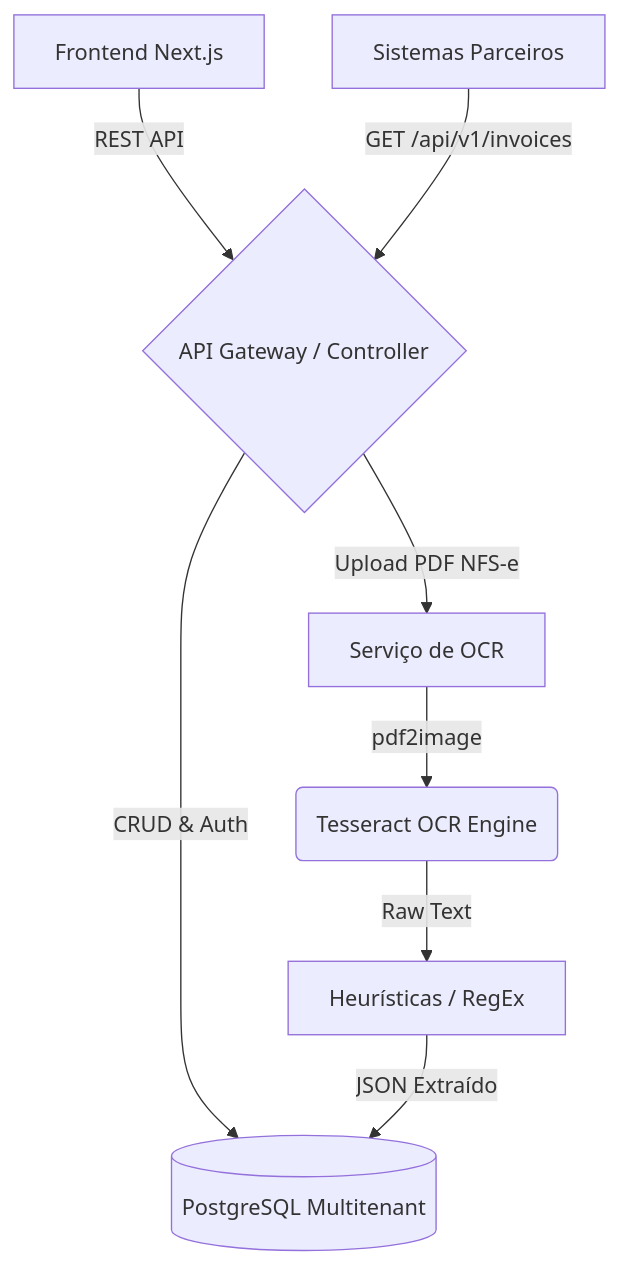
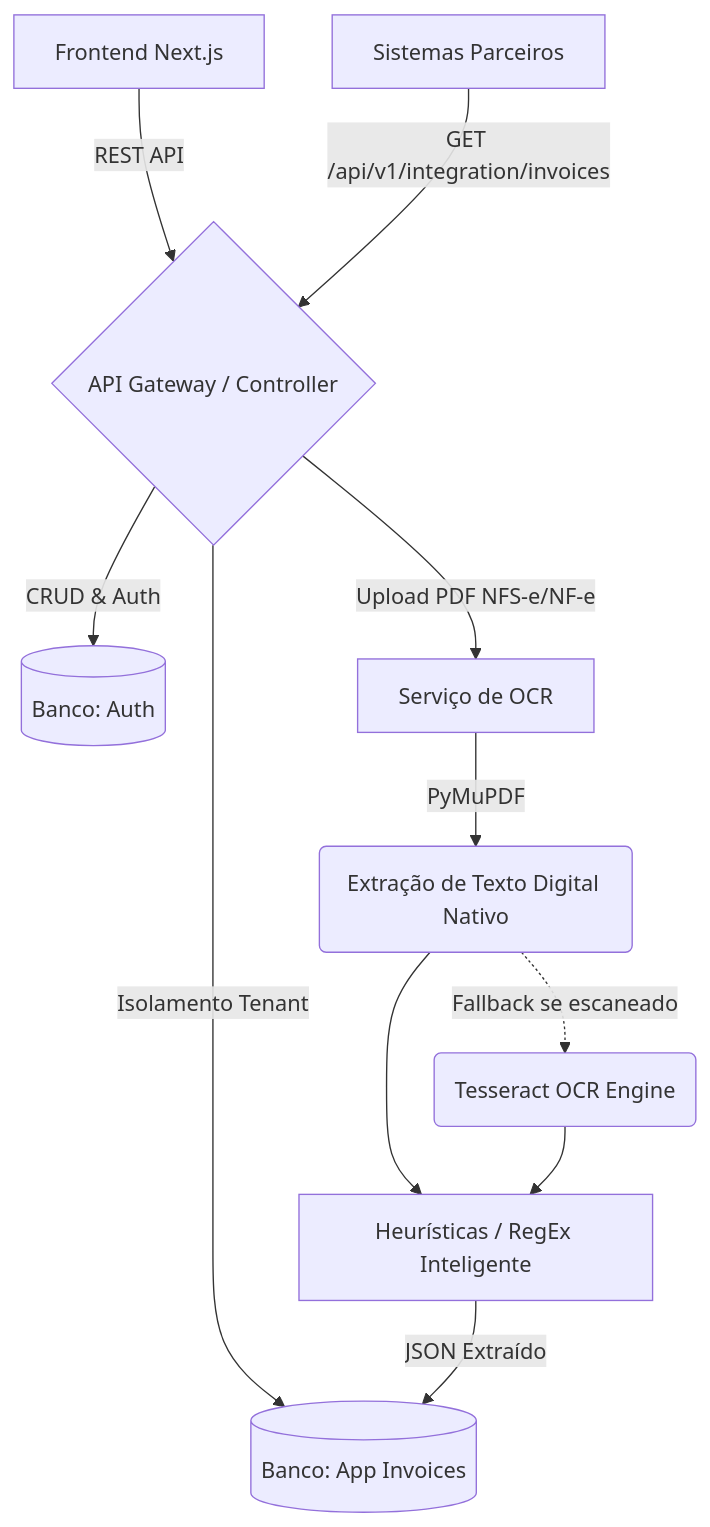
One commit to Victor-Vaglieri/NFSe-Plat changed the diagram in README.md. Above: the diagram before and after it, drawn with Mermaid. The commit also changed other lines of this file, not shown here.

````diff
--- a/README.md
+++ b/README.md
@@ -43,12 +44,15 @@
 ```mermaid
 flowchart TD
     UI[Frontend Next.js] --> |REST API| API{API Gateway / Controller}
-    API --> |CRUD & Auth| DB[(PostgreSQL Multitenant)]
+    API --> |CRUD & Auth| AuthDB[(Banco: Auth)]
+    API --> |Isolamento Tenant| AppDB[(Banco: App Invoices)]
     
-    API --> |Upload PDF NFS-e| OCREngine[Serviço de OCR]
-    OCREngine --> |pdf2image| Tesseract(Tesseract OCR Engine)
-    Tesseract --> |Raw Text| Parser[Heurísticas / RegEx]
-    Parser --> |JSON Extraído| DB
+    API --> |Upload PDF NFS-e/NF-e| OCREngine[Serviço de OCR]
+    OCREngine --> |PyMuPDF| NativeText(Extração de Texto Digital Nativo)
+    NativeText -.-> |Fallback se escaneado| Tesseract(Tesseract OCR Engine)
+    NativeText --> Parser[Heurísticas / RegEx Inteligente]
+    Tesseract --> Parser
+    Parser --> |JSON Extraído| AppDB
     
-    ERP[Sistemas Parceiros] --> |GET /api/v1/invoices| API
+    ERP[Sistemas Parceiros] --> |GET /api/v1/integration/invoices| API
 ```
````
